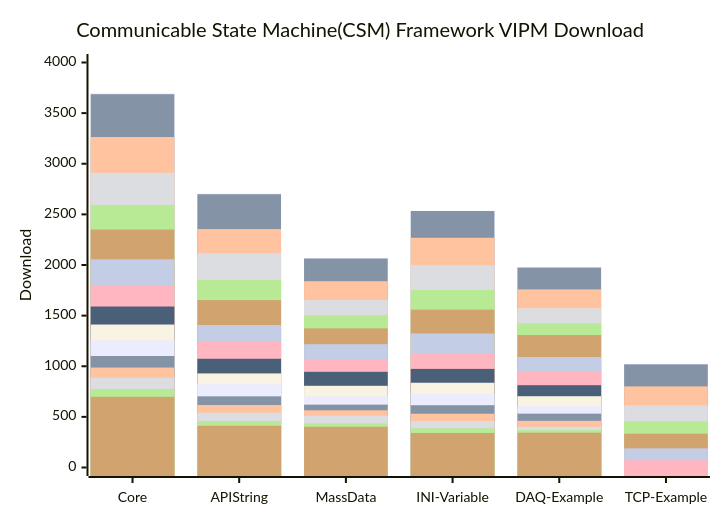
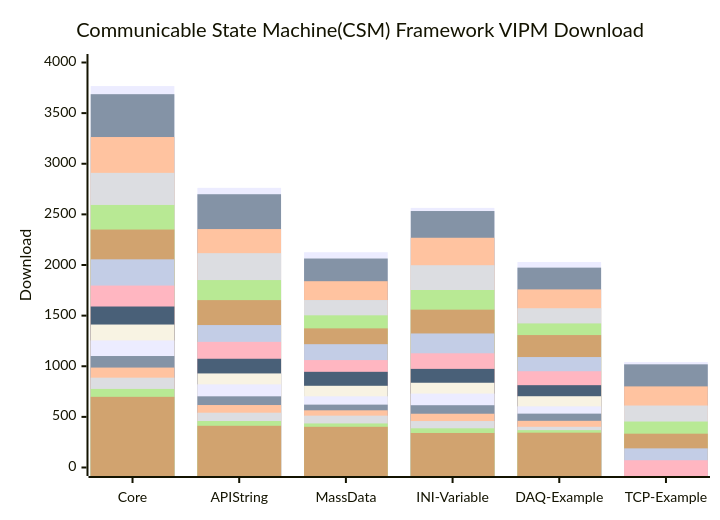
Before and after one commit to NEVSTOP-LAB/.github: the diagram in profile/README.md, drawn with Mermaid.

Commit message:
Update bar chart data in README.md

````diff
--- a/profile/README.md
+++ b/profile/README.md
@@ -31,22 +31,22 @@
 ```mermaid
     xychart-beta
     title "Communicable State Machine(CSM) Framework VIPM Download"
     x-axis [Core, API String, MassData, INI-Variable, DAQ-Example, TCP-Example]
     y-axis "Download" 0 --> 4000
-    bar   [3696, 2706, 2071, 2535, 1981, 1019]
+    bar   [3767, 2762, 2126, 2564, 2030, 1041]
     bar   [3687, 2699, 2064, 2533, 1974, 1019]
     bar   [3264, 2355, 1840, 2269, 1759, 801]
     bar   [2910, 2117, 1654, 1998, 1573, 612]
     bar   [2593, 1851, 1503, 1753, 1423, 454]
     bar   [2350, 1653, 1374, 1559, 1308, 334]
     bar   [2056, 1407, 1218, 1324, 1091, 189]
     bar   [1797, 1241, 1061, 1128, 951, 72]
     bar   [1590, 1074, 945, 974, 813]
     bar   [1412, 929, 807, 837, 704]
     bar   [1255, 821, 703, 730, 604]
     bar   [1101, 703, 621, 615, 532]
     bar   [987, 617, 565, 531, 461]
     bar   [887, 541, 512, 459, 402]
     bar   [776, 459, 435, 387, 369]
     bar   [698, 412, 402, 341, 344]
 ```
````
